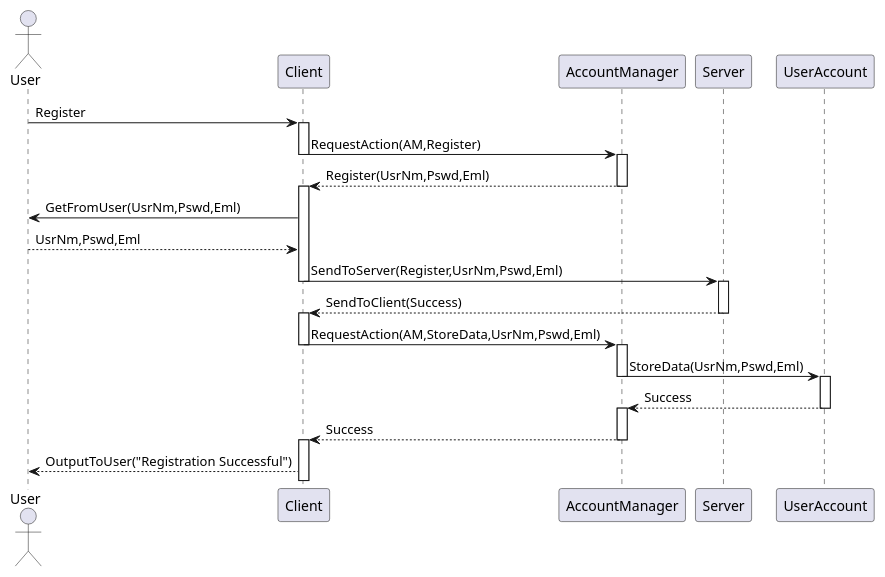
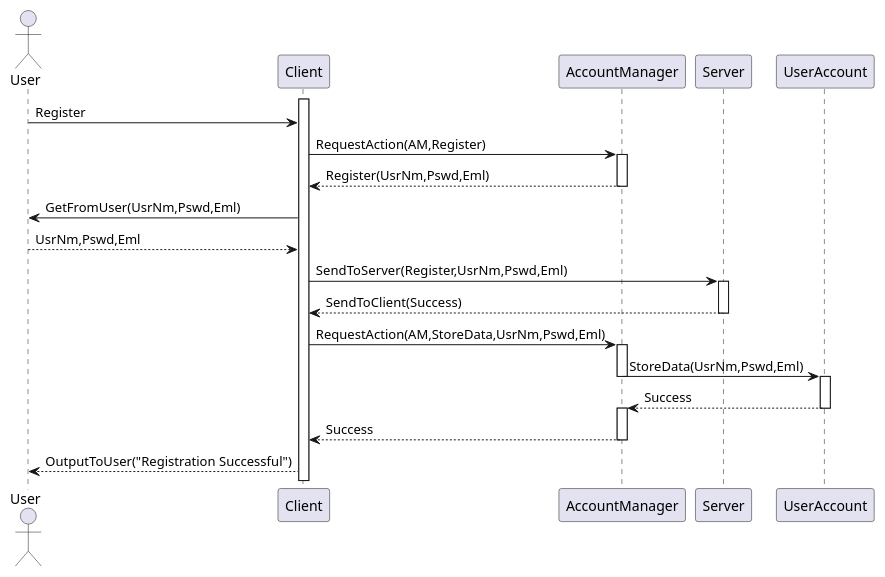
One commit to voxelv/sQuire_kw changed the diagram in Sequence Diagrams/User Accounts/RegisterMethod.puml. Above: the diagram before and after it, drawn with PlantUML. The commit also changed 6 other files, not shown here.

```diff
--- a/Sequence Diagrams/User Accounts/RegisterMethod.puml
+++ b/Sequence Diagrams/User Accounts/RegisterMethod.puml
@@ -1,33 +1,28 @@
 @startuml
 
 Actor User
+activate Client
 User -> Client : Register
-activate Client
 Client -> AccountManager : RequestAction(AM,Register)
-deactivate Client
 activate AccountManager
 AccountManager --> Client : Register(UsrNm,Pswd,Eml)
 deactivate AccountManager
-activate Client
 Client -> User : GetFromUser(UsrNm,Pswd,Eml)
 User --> Client : UsrNm,Pswd,Eml
 Client -> Server : SendToServer(Register,UsrNm,Pswd,Eml)
-deactivate Client
 activate Server
 Server --> Client : SendToClient(Success)
 deactivate Server
-activate Client
 Client -> AccountManager : RequestAction(AM,StoreData,UsrNm,Pswd,Eml)
-deactivate Client
 activate AccountManager
 AccountManager -> UserAccount : StoreData(UsrNm,Pswd,Eml)
 deactivate AccountManager
 activate UserAccount
 UserAccount --> AccountManager : Success
 deactivate UserAccount
 activate AccountManager
 AccountManager --> Client : Success
 deactivate AccountManager
-activate Client
 Client --> User : OutputToUser("Registration Successful")
+
 @enduml
```
